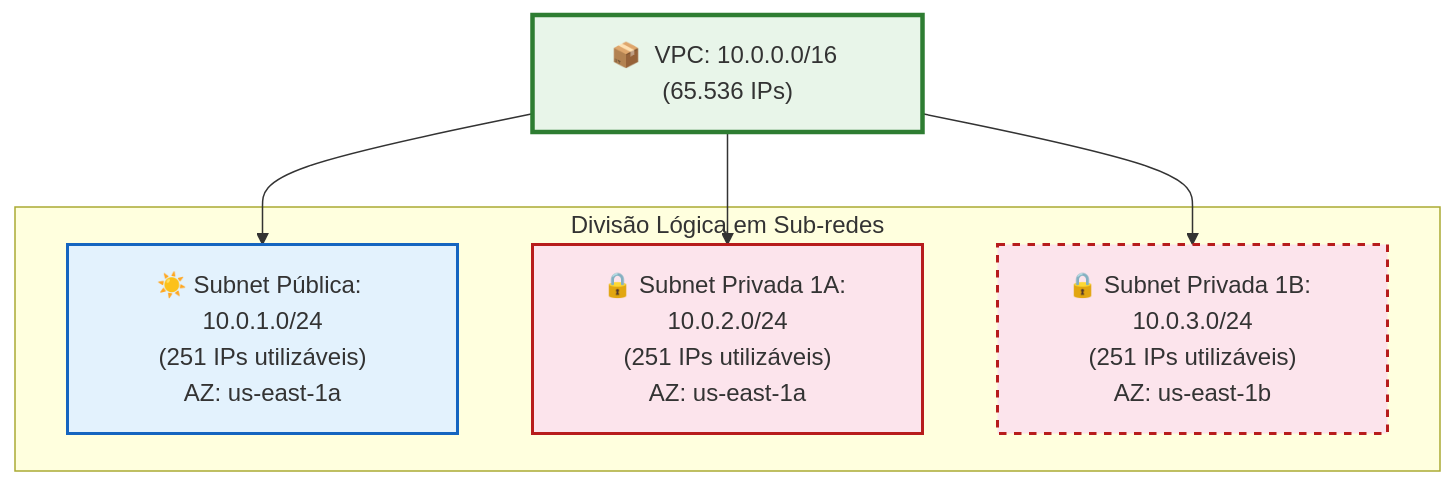
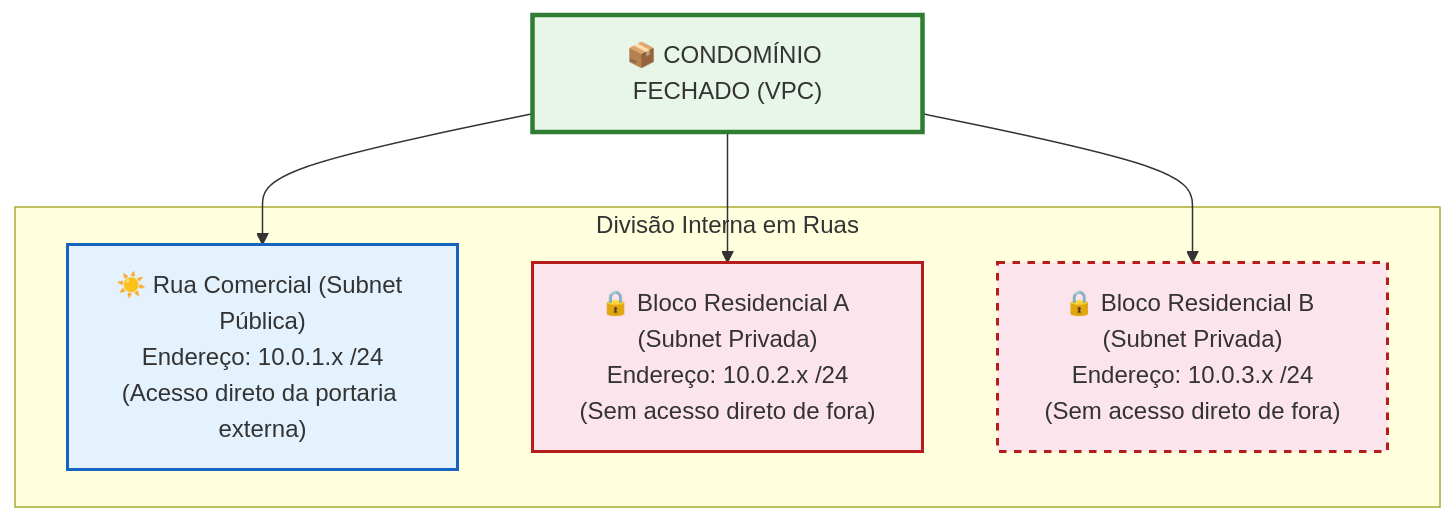
One commit to rofilho/cloud changed the first of 2 diagrams in content/Aula 13t - Teorica - VPC e Redes na Nuvem.md. Above: the diagram before and after it, drawn with Mermaid. The commit also changed other lines of this file, not shown here.

Commit message:
pedagogy: contextualiza VPC com analogia do condominio fechado para alunos sem base em redes

````diff
--- a/content/Aula 13t - Teorica - VPC e Redes na Nuvem.md
+++ b/content/Aula 13t - Teorica - VPC e Redes na Nuvem.md
@@ -75,19 +75,19 @@
 ```mermaid
 graph TB
-    VPC["📦  VPC: 10.0.0.0/16 (65.536 IPs)"]
+    VPC["📦 CONDOMÍNIO FECHADO (VPC)<nEndereço Geral: 10.0.0.0/16"]
     
-    subgraph Subnets ["Divisão Lógica em Sub-redes"]
-        PUB["☀️ Subnet Pública: 10.0.1.0/24\n(251 IPs utilizáveis)\nAZ: us-east-1a"]
-        PRV1["🔒 Subnet Privada 1A: 10.0.2.0/24\n(251 IPs utilizáveis)\nAZ: us-east-1a"]
-        PRV2["🔒 Subnet Privada 1B: 10.0.3.0/24\n(251 IPs utilizáveis)\nAZ: us-east-1b"]
+    subgraph Subnets ["Divisão Interna em Ruas"]
+        PUB["☀️ Rua Comercial (Subnet Pública)\nEndereço: 10.0.1.x /24\n(Acesso direto da portaria externa)"]
+        PRV1["🔒 Bloco Residencial A (Subnet Privada)\nEndereço: 10.0.2.x /24\n(Sem acesso direto de fora)"]
+        PRV2["🔒 Bloco Residencial B (Subnet Privada)\nEndereço: 10.0.3.x /24\n(Sem acesso direto de fora)"]
     end
     
     VPC --> PUB
     VPC --> PRV1
     VPC --> PRV2
     
     style VPC fill:#e8f5e9,stroke:#2e7d32,stroke-width:3px
     style PUB fill:#e3f2fd,stroke:#1565c0,stroke-width:2px
     style PRV1 fill:#fce4ec,stroke:#b71c1c,stroke-width:2px
     style PRV2 fill:#fce4ec,stroke:#b71c1c,stroke-width:2px,stroke-dasharray:5 5
 ```
````
